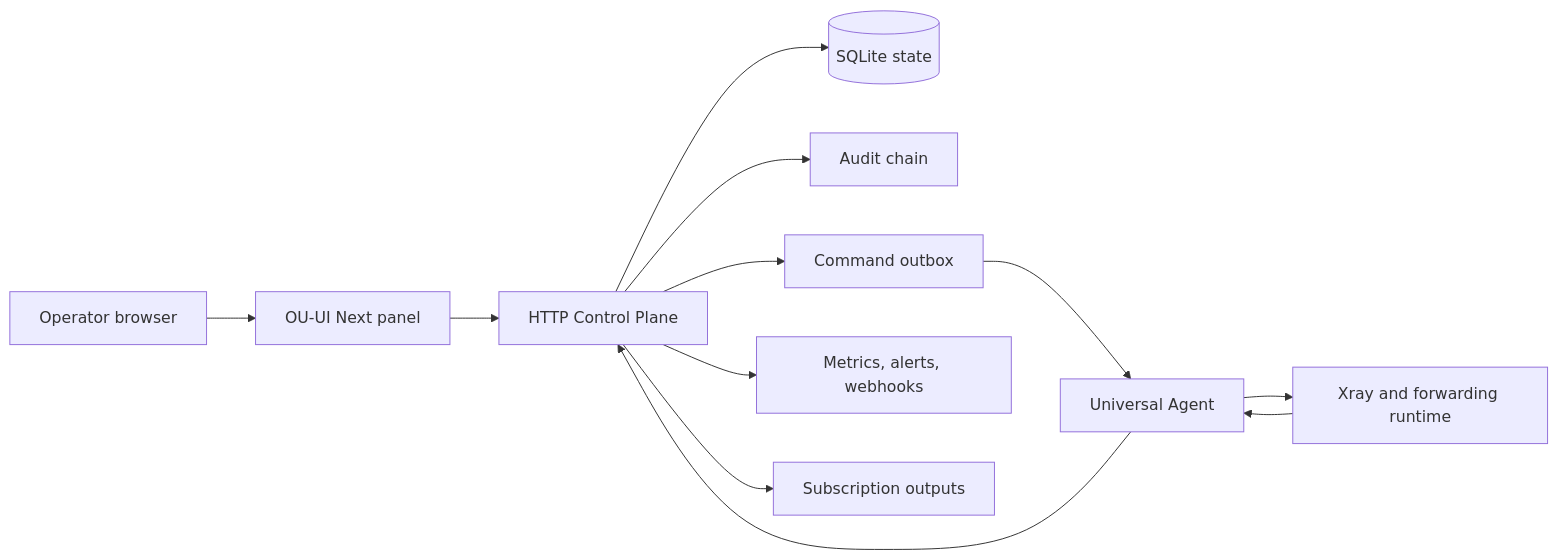
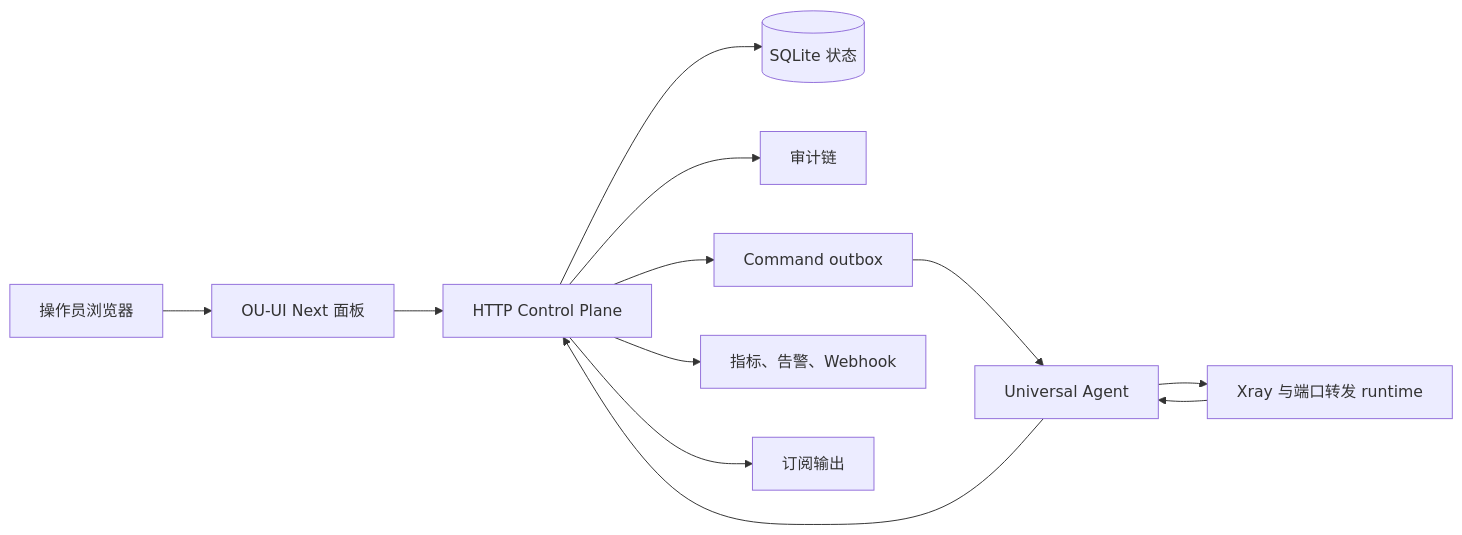
One commit to cshaizhihao/ou-ui-next changed the diagram in README.md. Above: the diagram before and after it, drawn with Mermaid. The commit also changed other lines of this file, not shown here.

````diff
--- a/README.md
+++ b/README.md
@@ -53,14 +97,14 @@
 ```mermaid
 flowchart LR
-  Operator[Operator browser] --> Panel[OU-UI Next panel]
+  Operator[操作员浏览器] --> Panel[OU-UI Next 面板]
   Panel --> API[HTTP Control Plane]
-  API --> Store[(SQLite state)]
-  API --> Audit[Audit chain]
+  API --> Store[(SQLite 状态)]
+  API --> Audit[审计链]
   API --> Outbox[Command outbox]
   Outbox --> Agent[Universal Agent]
-  Agent --> Runtime[Xray and forwarding runtime]
+  Agent --> Runtime[Xray 与端口转发 runtime]
   Runtime --> Agent
   Agent --> API
-  API --> Metrics[Metrics, alerts, webhooks]
-  API --> Subscriptions[Subscription outputs]
+  API --> Metrics[指标、告警、Webhook]
+  API --> Subscriptions[订阅输出]
 ```
````
